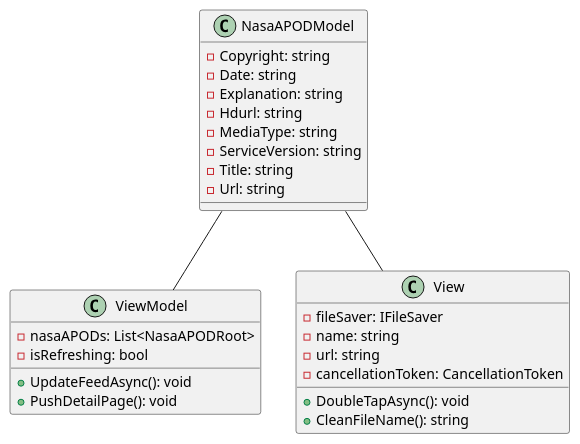
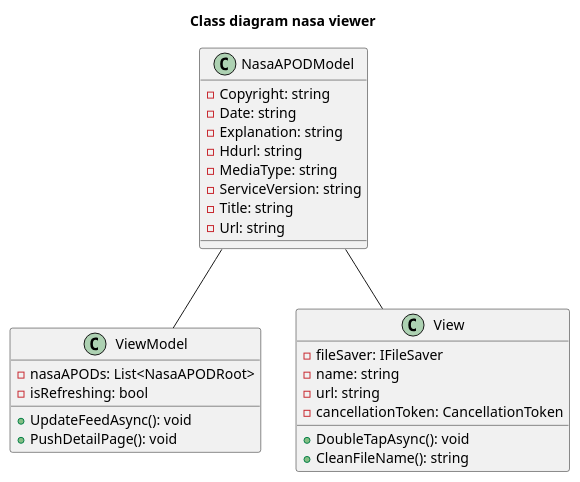
The diagram in UML/class diagram.plantuml (ccarl0/nasa_viewer), drawn with PlantUML before and after one commit. The commit also changed 1 other file, not shown here.

Commit message:
sequence update

```diff
--- a/UML/class diagram.plantuml
+++ b/UML/class diagram.plantuml
@@ -1,35 +1,37 @@
 @startuml
+
+Title: Class diagram nasa viewer
 
 class NasaAPODModel {
   - Copyright: string
   - Date: string
   - Explanation: string
   - Hdurl: string
   - MediaType: string
   - ServiceVersion: string
   - Title: string
   - Url: string
 }
 
 class ViewModel {
   - nasaAPODs: List<NasaAPODRoot>
   - isRefreshing: bool
   
   + UpdateFeedAsync(): void
   + PushDetailPage(): void
 }
 
 class View {
   - fileSaver: IFileSaver
   - name: string
   - url: string
   - cancellationToken: CancellationToken
   
   + DoubleTapAsync(): void
   + CleanFileName(): string
 }
 
 NasaAPODModel -- ViewModel
 NasaAPODModel -- View 
 
 @enduml
```
